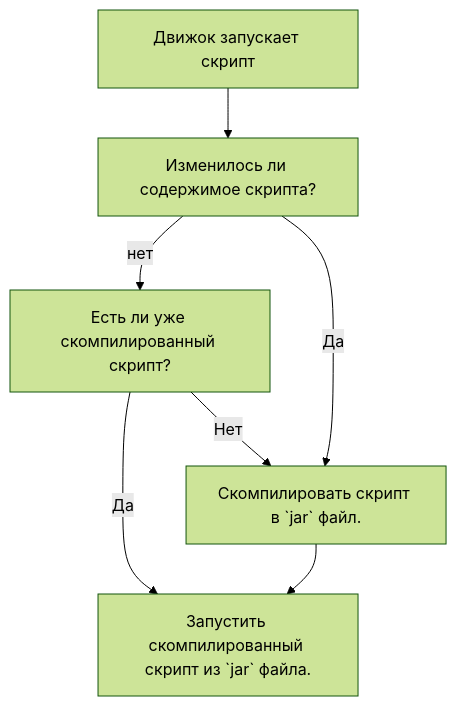
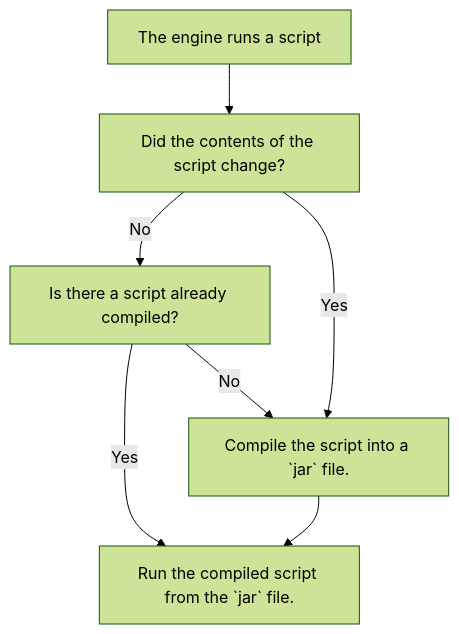
The diagram in docs/hollowengine/2-begin/7-starting.mdx (0mods/docsweb), drawn with Mermaid (forest theme) before and after one commit. The commit also changed other lines of this file and 99 other files, not shown here.

````diff
--- a/docs/hollowengine/2-begin/7-starting.mdx
+++ b/docs/hollowengine/2-begin/7-starting.mdx
@@ -21,15 +21,15 @@
 ```mermaid
 graph TD;
-    Start[Движок запускает скрипт];
-    Q1[Изменилось ли содержимое скрипта?];
-    Q2[Есть ли уже скомпилированный скрипт?];
-    Comp[Скомпилировать скрипт в `jar` файл.];
-    End[Запустить скомпилированный скрипт из `jar` файла.];
+    Start[The engine runs a script];
+    Q1[Did the contents of the script change?];
+    Q2[Is there a script already compiled?];
+    Comp[Compile the script into a `jar` file.];
+    End[Run the compiled script from the `jar` file.];
     
     Start-->Q1;
-    Q1-->|нет|Q2;
-    Q2-->|Нет|Comp;
-    Q1-->|Да|Comp;
-    Q2-->|Да|End;
+    Q1-->|No|Q2;
+    Q2-->|No|Comp;
+    Q1-->|Yes|Comp;
+    Q2-->|Yes|End;
     Comp-->End;
 ```  
````
